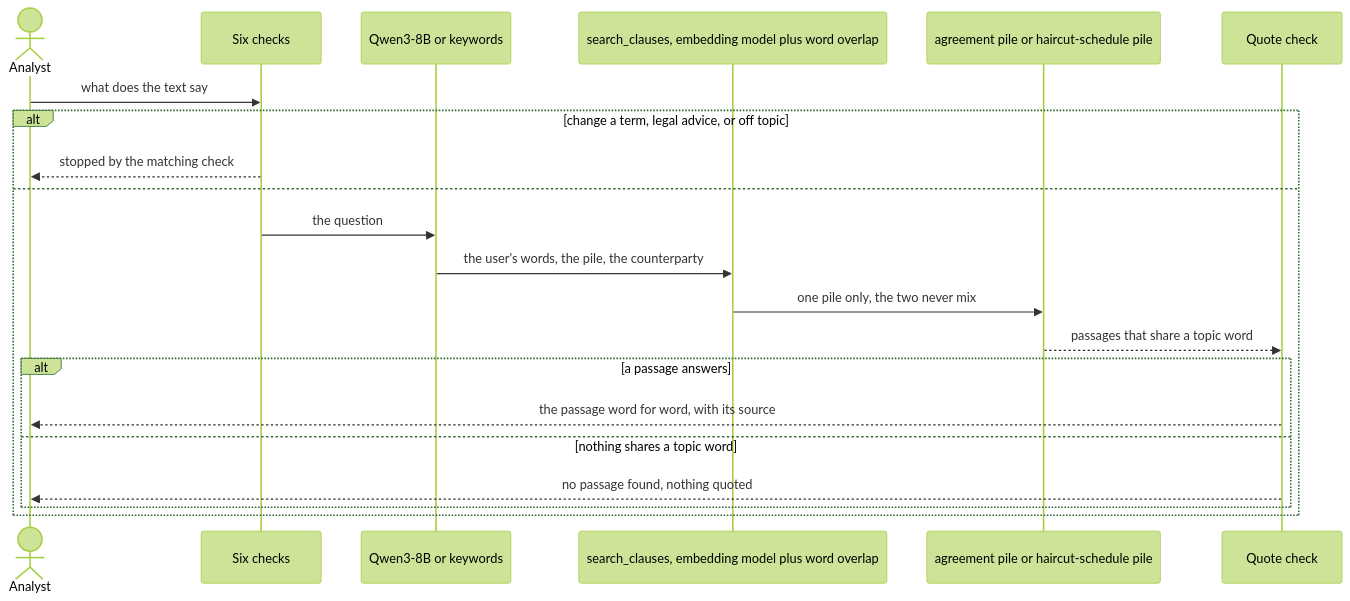
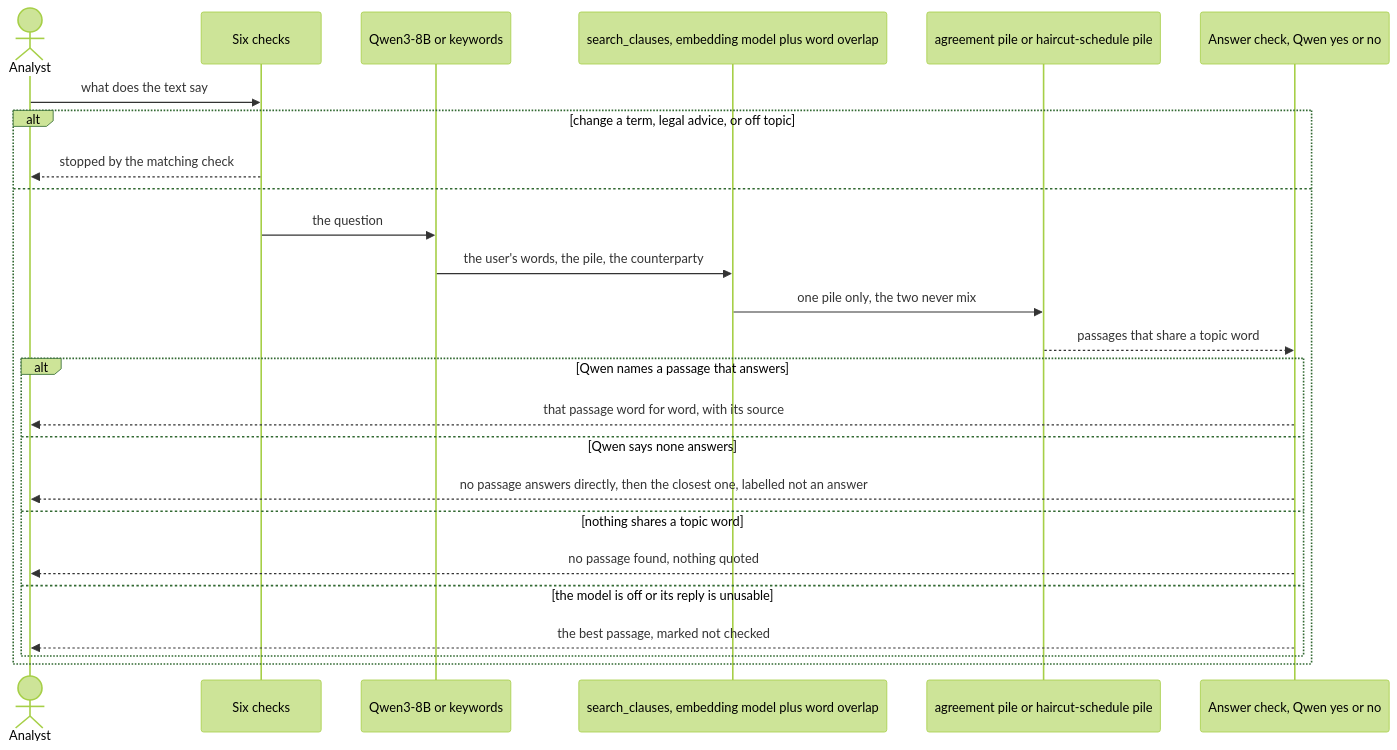
The sixth of 7 diagrams in RiskSphere/README.md (I-AM-THE-ONE-WHO-KNOCKS/Capstone_IITKGP_2026_Team_3SU), drawn with Mermaid (forest theme) before and after one commit. The commit also changed other lines of this file and 23 other files, not shown here.

````diff
--- a/RiskSphere/README.md
+++ b/RiskSphere/README.md
@@ -396,24 +405,28 @@
 ```mermaid
 sequenceDiagram
   actor Analyst
   participant Guard as Six checks
   participant Planner as Qwen3-8B or keywords
   participant Search as search_clauses, embedding model plus word overlap
   participant Store as agreement pile or haircut-schedule pile
-  participant Gate as Quote check
+  participant Gate as Answer check, Qwen yes or no
 
   Analyst->>Guard: what does the text say
   alt change a term, legal advice, or off topic
     Guard-->>Analyst: stopped by the matching check
   else
     Guard->>Planner: the question
     Planner->>Search: the user's words, the pile, the counterparty
     Search->>Store: one pile only, the two never mix
     Store-->>Gate: passages that share a topic word
-    alt a passage answers
-      Gate-->>Analyst: the passage word for word, with its source
+    alt Qwen names a passage that answers
+      Gate-->>Analyst: that passage word for word, with its source
+    else Qwen says none answers
+      Gate-->>Analyst: no passage answers directly, then the closest one, labelled not an answer
     else nothing shares a topic word
       Gate-->>Analyst: no passage found, nothing quoted
+    else the model is off or its reply is unusable
+      Gate-->>Analyst: the best passage, marked not checked
     end
   end
 ```
````
